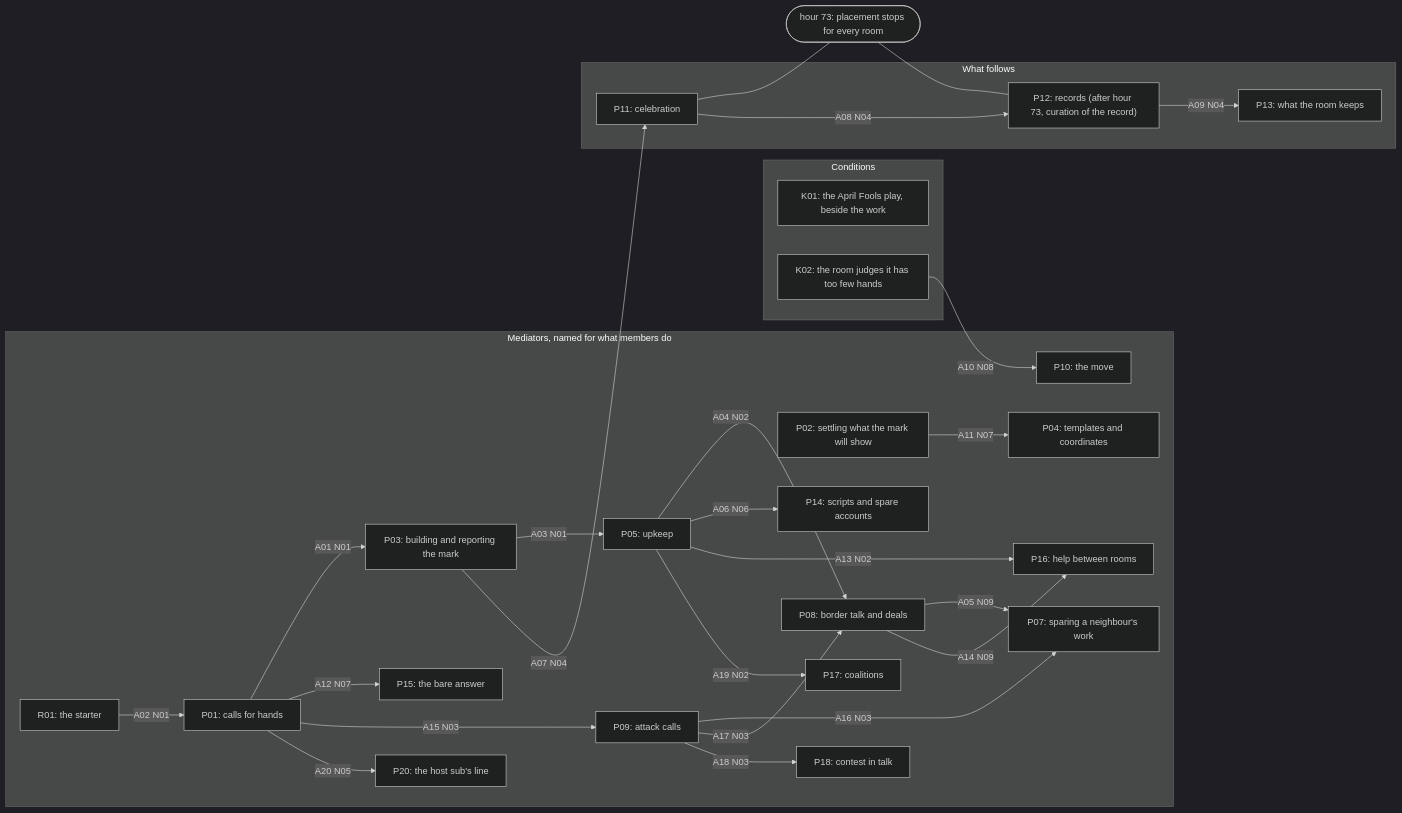
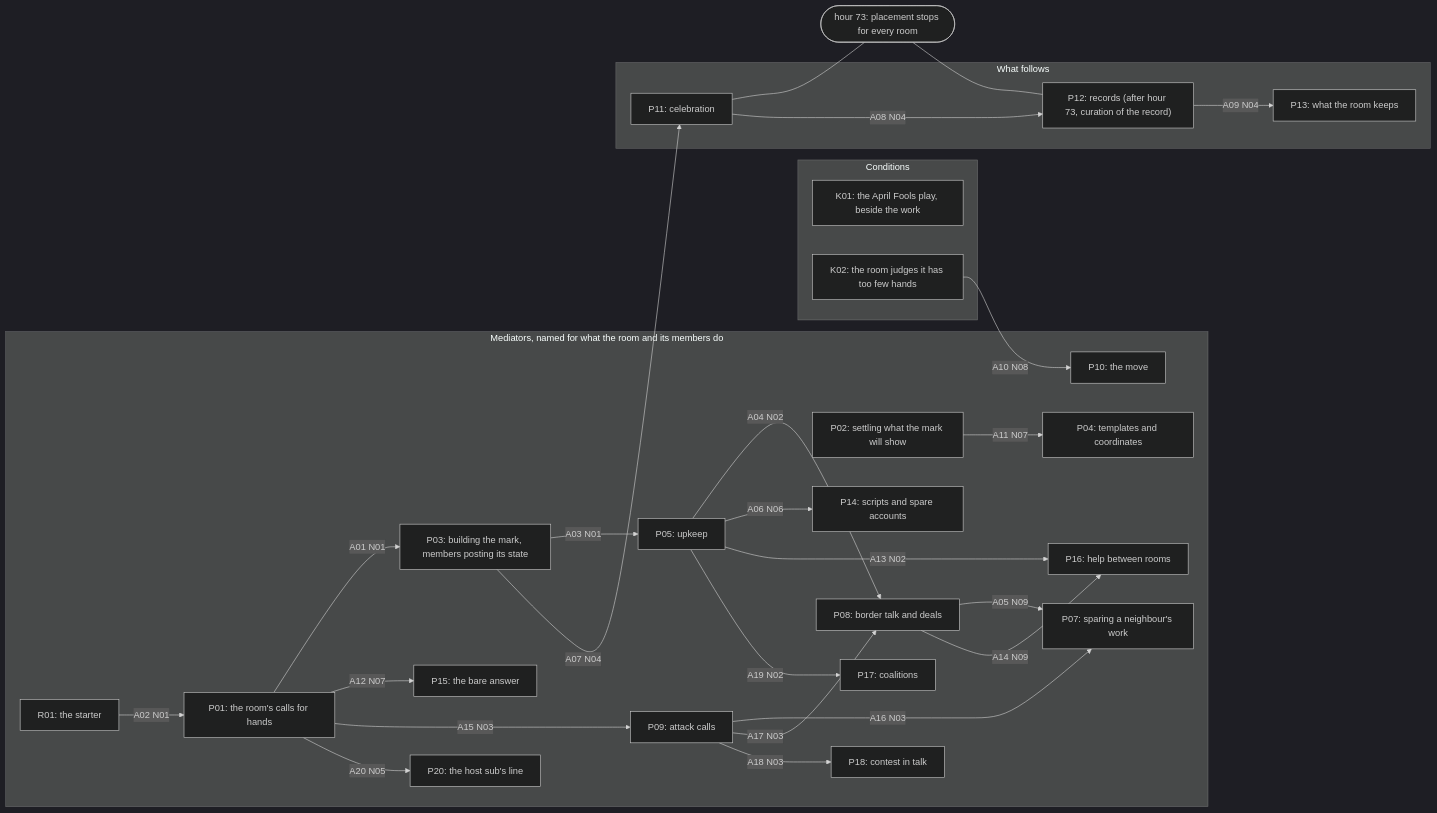
One commit to jparrieta/r-place changed the first of 2 diagrams in aggregator/runs/claude-v43-1/00_GIVE-THE-AGENT/out/figure-C5.md. Above: the diagram before and after it, drawn with Mermaid (dark theme). The commit also changed other lines of this file and 46 other files, not shown here.

````diff
--- a/aggregator/runs/claude-v43-1/00_GIVE-THE-AGENT/out/figure-C5.md
+++ b/aggregator/runs/claude-v43-1/00_GIVE-THE-AGENT/out/figure-C5.md
@@ -45,53 +45,53 @@
 ```mermaid
 flowchart LR
   subgraph conditions["Conditions"]
     K01["K01: the April Fools play, beside the work"]
     K02["K02: the room judges it has too few hands"]
   end
-  subgraph mediators["Mediators, named for what members do"]
+  subgraph mediators["Mediators, named for what the room and its members do"]
     R01["R01: the starter"]
-    P01["P01: calls for hands"]
+    P01["P01: the room's calls for hands"]
     P02["P02: settling what the mark will show"]
-    P03["P03: building and reporting the mark"]
+    P03["P03: building the mark, members posting its state"]
     P04["P04: templates and coordinates"]
     P05["P05: upkeep"]
     P07["P07: sparing a neighbour's work"]
     P08["P08: border talk and deals"]
     P09["P09: attack calls"]
     P10["P10: the move"]
     P14["P14: scripts and spare accounts"]
     P15["P15: the bare answer"]
     P16["P16: help between rooms"]
     P17["P17: coalitions"]
     P18["P18: contest in talk"]
     P20["P20: the host sub's line"]
   end
   subgraph follows["What follows"]
     P11["P11: celebration"]
     P12["P12: records (after hour 73, curation of the record)"]
     P13["P13: what the room keeps"]
   end
   H73(["hour 73: placement stops for every room"])
   P11 --- H73
   H73 --- P12
   P01 -->|"A01 N01"| P03
   R01 -->|"A02 N01"| P01
   P03 -->|"A03 N01"| P05
   P05 -->|"A04 N02"| P08
   P08 -->|"A05 N09"| P07
   P05 -->|"A06 N06"| P14
   P03 -->|"A07 N04"| P11
   P11 -->|"A08 N04"| P12
   P12 -->|"A09 N04"| P13
   K02 -->|"A10 N08"| P10
   P02 -->|"A11 N07"| P04
   P01 -->|"A12 N07"| P15
   P05 -->|"A13 N02"| P16
   P08 -->|"A14 N09"| P16
   P01 -->|"A15 N03"| P09
   P09 -->|"A16 N03"| P07
   P09 -->|"A17 N03"| P08
   P09 -->|"A18 N03"| P18
   P05 -->|"A19 N02"| P17
   P01 -->|"A20 N05"| P20
 ```
````
